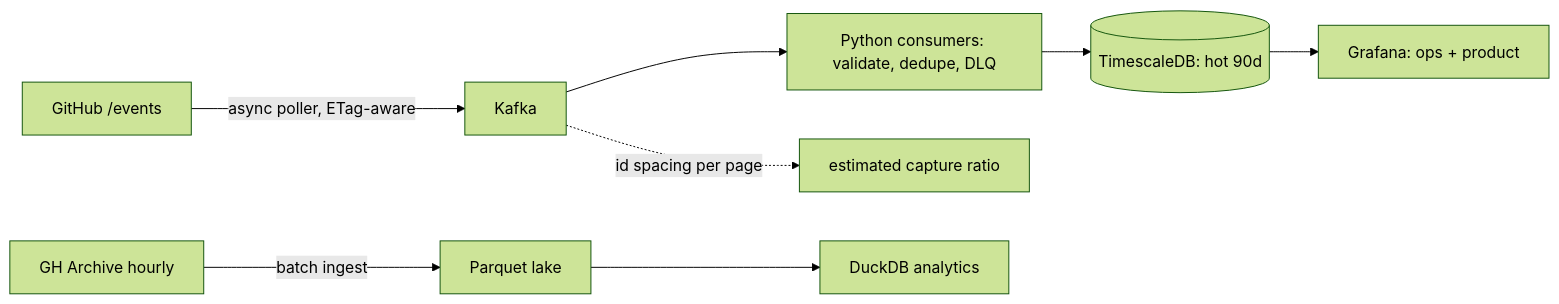
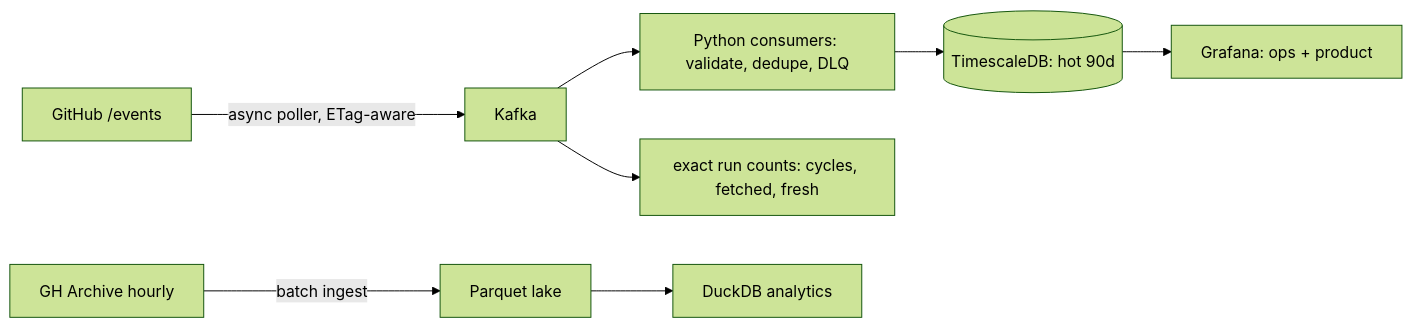
One commit to deeason7/reporadar changed the diagram in README.md. Above: the diagram before and after it, drawn with Mermaid (forest theme). The commit also changed other lines of this file and 7 other files, not shown here.

First line of the commit message:
fix: stop reporting a capture ratio whose error has no explanation

````diff
--- a/README.md
+++ b/README.md
@@ -66,10 +84,10 @@
 ```mermaid
 flowchart LR
     GH[GitHub /events] -->|async poller, ETag-aware| K[Kafka]
     GA[GH Archive hourly] -->|batch ingest| L[Parquet lake]
     K --> C[Python consumers: validate, dedupe, DLQ]
     C --> TS[(TimescaleDB: hot 90d)]
     L --> D[DuckDB analytics]
-    K -. id spacing per page .-> R[estimated capture ratio]
+    K --> M[exact run counts: cycles, fetched, fresh]
     TS --> G[Grafana: ops + product]
 ```
````
